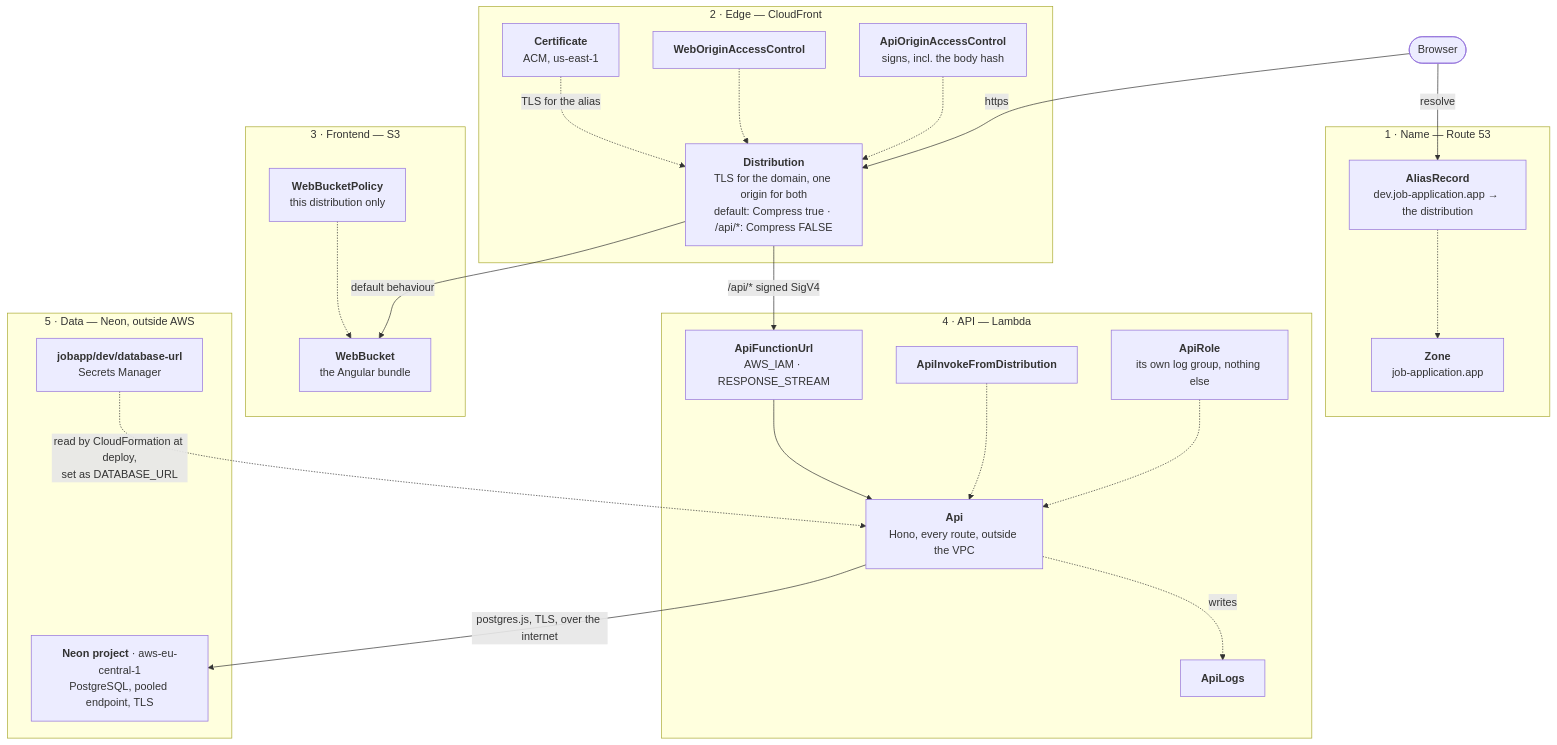
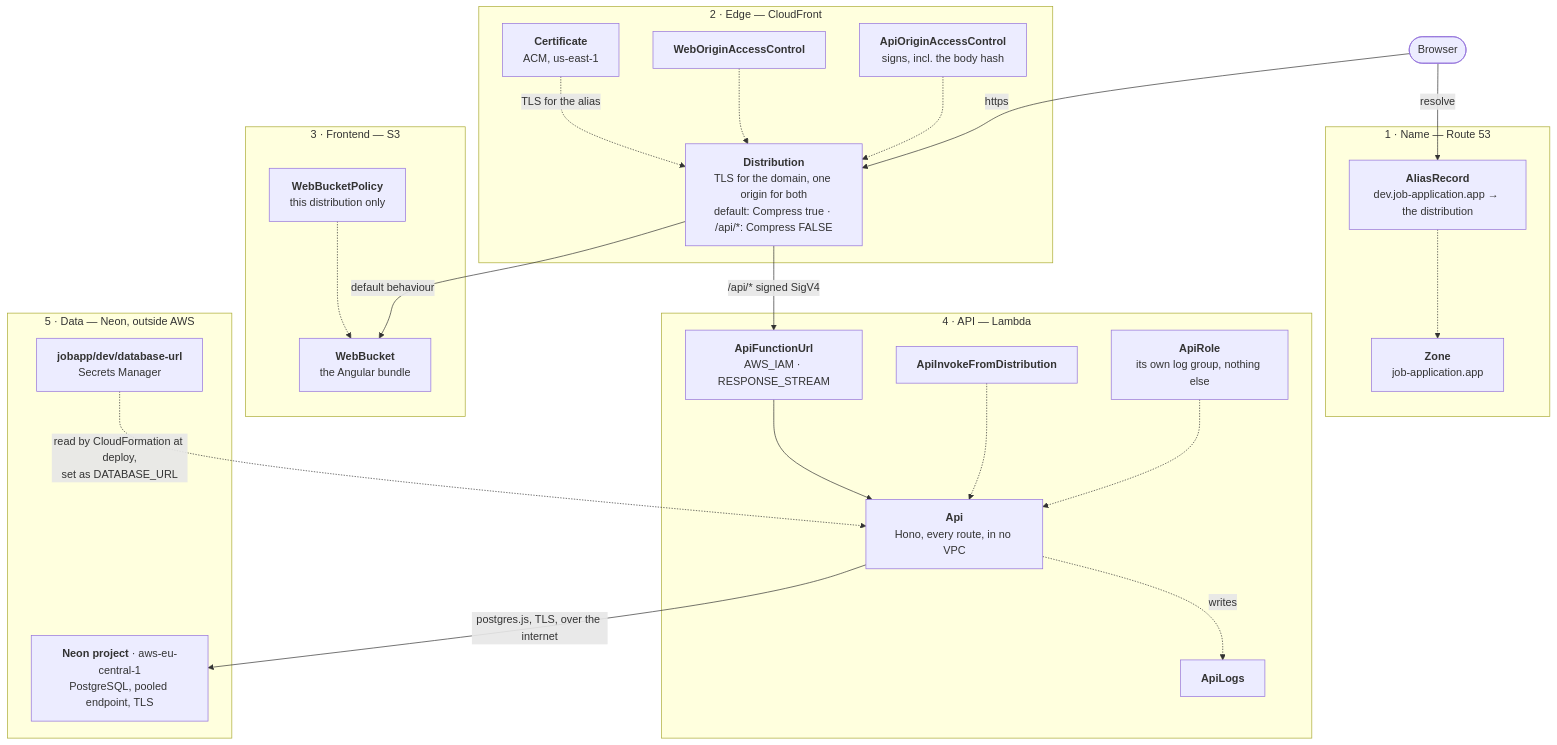
The second of 5 diagrams in infra/architecture.md (Ovich/job-application-ai), drawn with Mermaid before and after one commit. The commit also changed other lines of this file and 8 other files, not shown here.

````diff
--- a/infra/architecture.md
+++ b/infra/architecture.md
@@ -102,51 +101,51 @@
 ```mermaid
 flowchart TB
   browser(["Browser"])
 
   subgraph t1["1 · Name — Route 53"]
     AliasRecord["<b>AliasRecord</b><br/>dev.job-application.app → the distribution"]
     Zone["<b>Zone</b><br/>job-application.app"]
   end
 
   subgraph t2["2 · Edge — CloudFront"]
     Distribution["<b>Distribution</b><br/>TLS for the domain, one origin for both<br/>default: Compress true · /api/*: Compress FALSE"]
     Certificate["<b>Certificate</b><br/>ACM, us-east-1"]
     WebOAC["<b>WebOriginAccessControl</b>"]
     ApiOAC["<b>ApiOriginAccessControl</b><br/>signs, incl. the body hash"]
   end
 
   subgraph t3["3 · Frontend — S3"]
     WebBucket["<b>WebBucket</b><br/>the Angular bundle"]
     WebBucketPolicy["<b>WebBucketPolicy</b><br/>this distribution only"]
   end
 
   subgraph t4["4 · API — Lambda"]
     ApiFunctionUrl["<b>ApiFunctionUrl</b><br/>AWS_IAM · RESPONSE_STREAM"]
-    Api["<b>Api</b><br/>Hono, every route, outside the VPC"]
+    Api["<b>Api</b><br/>Hono, every route, in no VPC"]
     ApiInvoke["<b>ApiInvokeFromDistribution</b>"]
     ApiRole["<b>ApiRole</b><br/>its own log group, nothing else"]
     ApiLogs["<b>ApiLogs</b>"]
   end
 
   subgraph t5["5 · Data — Neon, outside AWS"]
     Neon["<b>Neon project</b> · aws-eu-central-1<br/>PostgreSQL, pooled endpoint, TLS"]
     Secret["<b>jobapp/dev/database-url</b><br/>Secrets Manager"]
   end
 
   browser -->|"resolve"| AliasRecord
   browser -->|"https"| Distribution
   Distribution -->|"default behaviour"| WebBucket
   Distribution -->|"/api/* signed SigV4"| ApiFunctionUrl
   ApiFunctionUrl --> Api
   Api -->|"postgres.js, TLS, over the internet"| Neon
   Secret -.->|"read by CloudFormation at deploy,<br/>set as DATABASE_URL"| Api
 
   AliasRecord -.-> Zone
   Certificate -.->|"TLS for the alias"| Distribution
   WebOAC -.-> Distribution
   ApiOAC -.-> Distribution
   WebBucketPolicy -.-> WebBucket
   ApiInvoke -.-> Api
   ApiRole -.-> Api
   Api -.->|"writes"| ApiLogs
 ```
````
